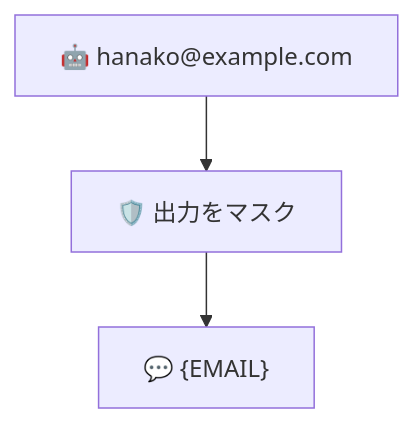
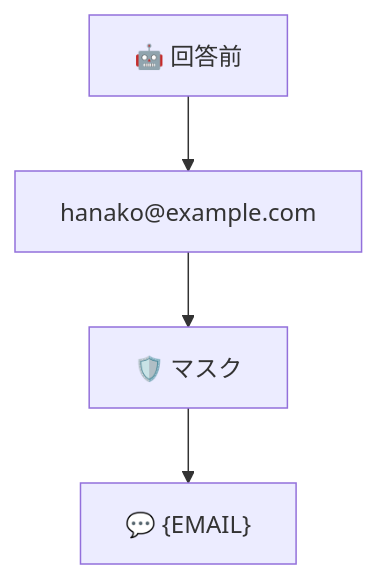
One commit to kkoch5t2/zenn-contents changed the third of 3 diagrams in articles/bedrock-guardrails-pii-logging.md. Above: the diagram before and after it, drawn with Mermaid. The commit also changed other lines of this file, not shown here.

Commit message:
Make Mermaid diagrams mobile friendly

````diff
--- a/articles/bedrock-guardrails-pii-logging.md
+++ b/articles/bedrock-guardrails-pii-logging.md
@@ -63,5 +65,6 @@
 ```mermaid
 flowchart TD
-    O1["🤖 hanako@example.com"] --> G2["🛡️ 出力をマスク"]
-    G2 --> O2["💬 {EMAIL}"]
+    O1["🤖 回答前"] --> O2["hanako@example.com"]
+    O2 --> G2["🛡️ マスク"]
+    G2 --> O3["💬 {EMAIL}"]
 ```
````
